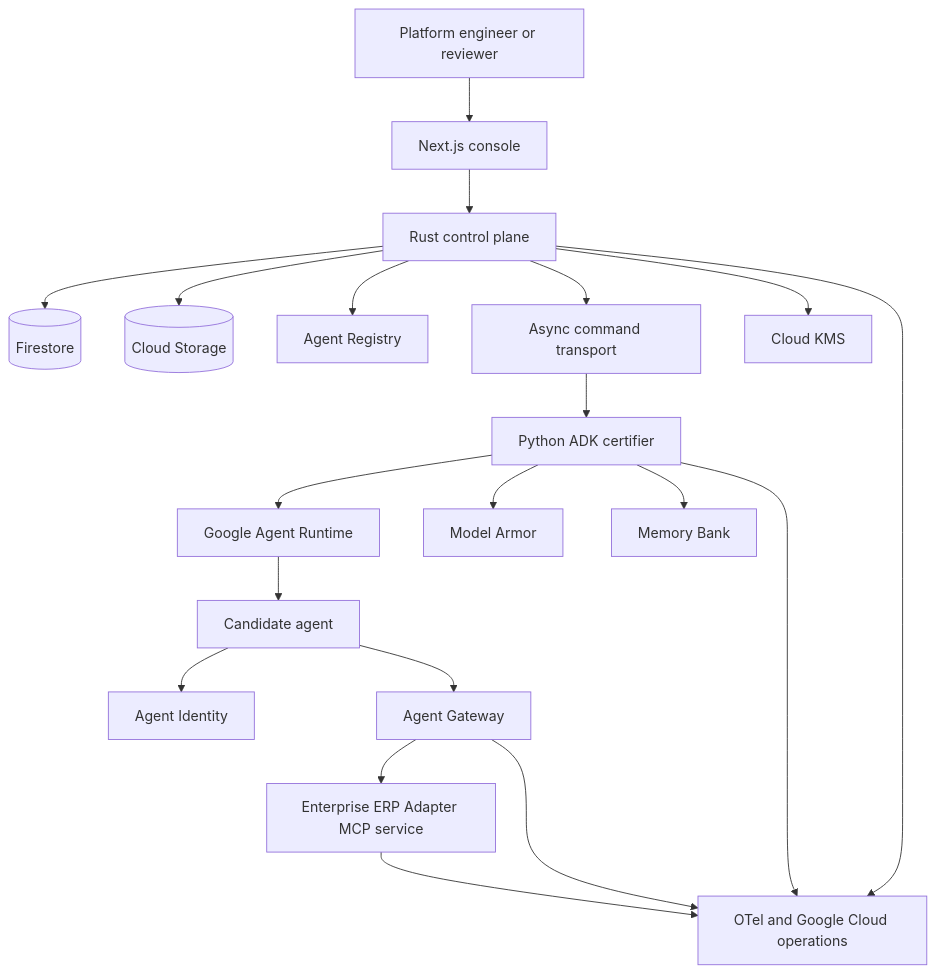
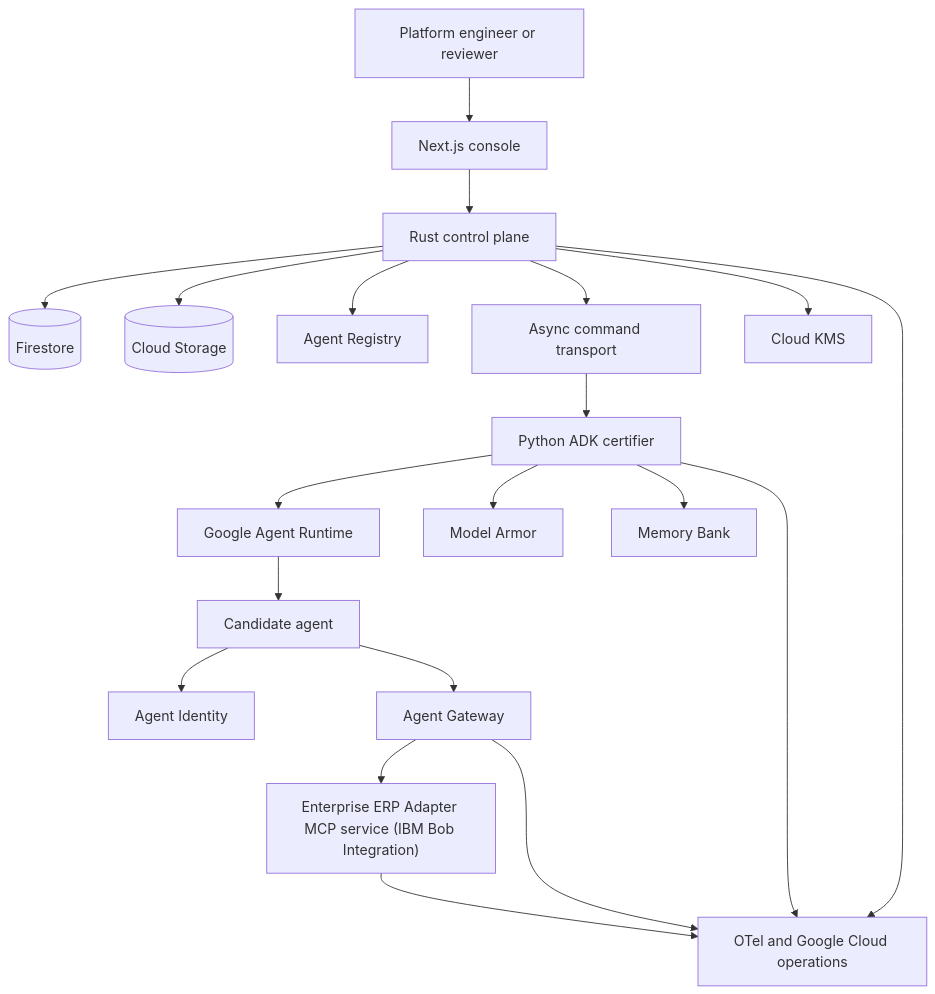
Before and after one commit to Cholarajarp/Chimera-Sentinel: the first of 4 diagrams in docs/ARCHITECTURE.md, drawn with Mermaid. The commit also changed other lines of this file, not shown here.

Commit message:
docs: add IBM Bob integration to architecture

````diff
--- a/docs/ARCHITECTURE.md
+++ b/docs/ARCHITECTURE.md
@@ -17,40 +17,40 @@
 ```mermaid
 flowchart TB
     User[Platform engineer or reviewer]
     Console[Next.js console]
     Control[Rust control plane]
     Queue[Async command transport]
     Certifier[Python ADK certifier]
     Runtime[Google Agent Runtime]
     Candidate[Candidate agent]
     Armor[Model Armor]
     Gateway[Agent Gateway]
-    ERP[Enterprise ERP Adapter MCP service]
+    ERP["Enterprise ERP Adapter MCP service (IBM Bob Integration)"]
     Registry[Agent Registry]
     Identity[Agent Identity]
     Memory[Memory Bank]
     Store[(Firestore)]
     Evidence[(Cloud Storage)]
     KMS[Cloud KMS]
     OTel[OTel and Google Cloud operations]
 
     User --> Console
     Console --> Control
     Control --> Store
     Control --> Evidence
     Control --> Registry
     Control --> Queue
     Queue --> Certifier
     Certifier --> Runtime
     Runtime --> Candidate
     Certifier --> Armor
     Certifier --> Memory
     Candidate --> Identity
     Candidate --> Gateway
     Gateway --> ERP
     Control --> KMS
     Control --> OTel
     Certifier --> OTel
     Gateway --> OTel
     ERP --> OTel
 ```
````
